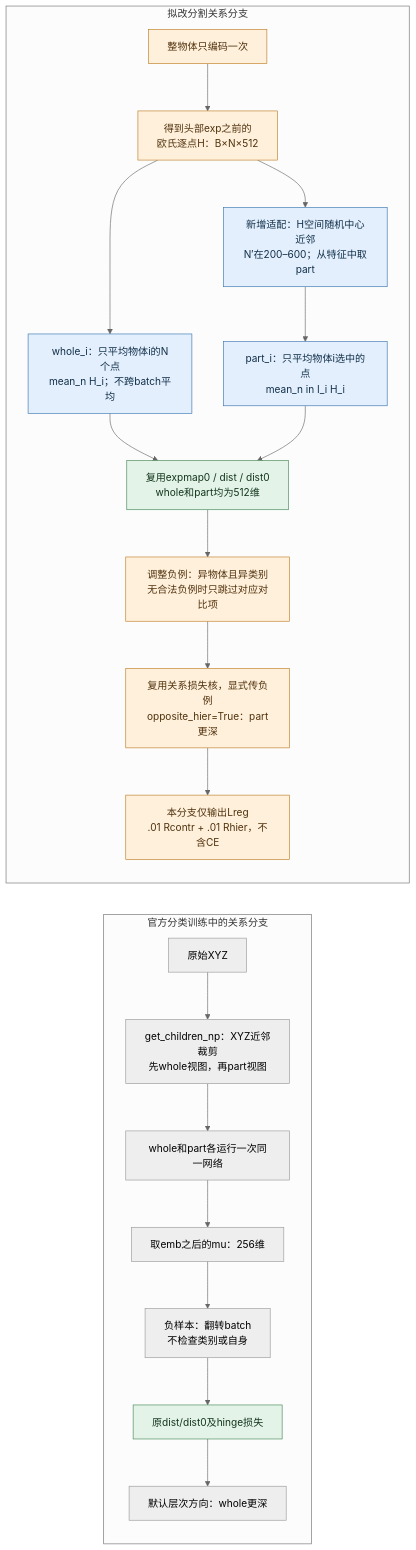
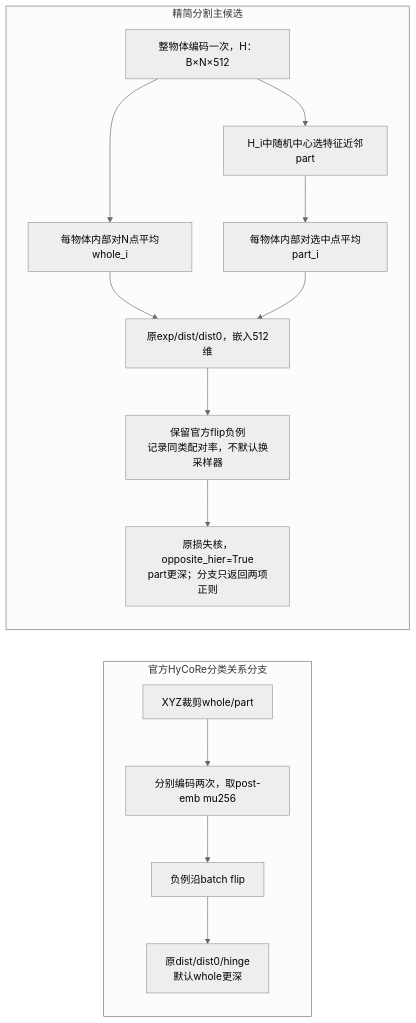
Before and after one commit to Linneking/Hycore: the second of 2 diagrams in docs/research/99_HYCORE_SEG_NATIVE_AUDIT_2026-10-28/audit_report.md, drawn with Mermaid (neutral theme). The commit also changed other lines of this file and 15 other files, not shown here.

````diff
--- a/docs/research/99_HYCORE_SEG_NATIVE_AUDIT_2026-10-28/audit_report.md
+++ b/docs/research/99_HYCORE_SEG_NATIVE_AUDIT_2026-10-28/audit_report.md
@@ -80,30 +91,19 @@
 ```mermaid
 flowchart LR
-  subgraph O["官方分类训练中的关系分支"]
+  subgraph C["官方HyCoRe分类关系分支"]
     direction TB
-    O0["原始XYZ"] --> O1["get_children_np：XYZ近邻裁剪<br/>先whole视图，再part视图"]
-    O1 --> O2["whole和part各运行一次同一网络"]
-    O2 --> O3["取emb之后的mu：256维"]
-    O3 --> O4["负样本：翻转batch<br/>不检查类别或自身"]
-    O4 --> O5["原dist/dist0及hinge损失"]
-    O5 --> O6["默认层次方向：whole更深"]
+    C0["XYZ裁剪whole/part"] --> C1["分别编码两次，取post-emb mu256"]
+    C1 --> C2["负例沿batch flip"]
+    C2 --> C3["原dist/dist0/hinge<br/>默认whole更深"]
   end
-  subgraph N["拟改分割关系分支"]
+  subgraph S["精简分割主候选"]
     direction TB
-    N0["整物体只编码一次"] --> N1["得到头部exp之前的<br/>欧氏逐点H：B×N×512"]
-    N1 --> N2["新增适配：H空间随机中心近邻<br/>N′在200–600；从特征中取part"]
-    N1 --> N3["whole_i：只平均物体i的N个点<br/>mean_n H_i；不跨batch平均"]
-    N2 --> N4["part_i：只平均物体i选中的点<br/>mean_n in I_i H_i"]
-    N3 --> N5["复用expmap0 / dist / dist0<br/>whole和part均为512维"]
-    N4 --> N5
-    N5 --> N6["调整负例：异物体且异类别<br/>无合法负例时只跳过对应对比项"]
-    N6 --> N7["复用关系损失核，显式传负例<br/>opposite_hier=True：part更深"]
-    N7 --> N8["本分支仅输出Lreg<br/>.01 Rcontr + .01 Rhier，不含CE"]
+    S0["整物体编码一次，H：B×N×512"] --> S1["H_i中随机中心选特征近邻part"]
+    S0 --> S2["每物体内部对N点平均whole_i"]
+    S1 --> S3["每物体内部对选中点平均part_i"]
+    S2 --> S4["原exp/dist/dist0，嵌入512维"]
+    S3 --> S4
+    S4 --> S5["保留官方flip负例<br/>记录同类配对率，不默认换采样器"]
+    S5 --> S6["原损失核，opposite_hier=True<br/>part更深；分支只返回两项正则"]
   end
-  classDef keep fill:#e4f3e8,stroke:#438657,color:#12351c;
-  classDef change fill:#fff0dc,stroke:#bf7c24,color:#50320c;
-  classDef add fill:#e3effc,stroke:#3975af,color:#12304b;
-  class O5,N5 keep;
-  class N0,N1,N6,N7,N8 change;
-  class N2,N3,N4 add;
 ```
````
